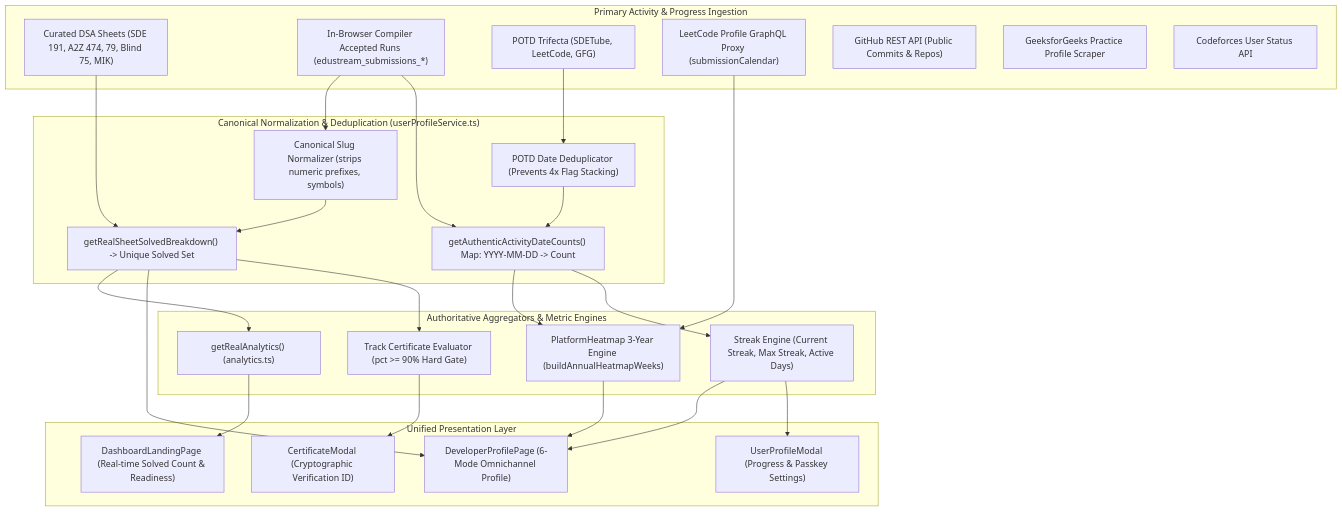
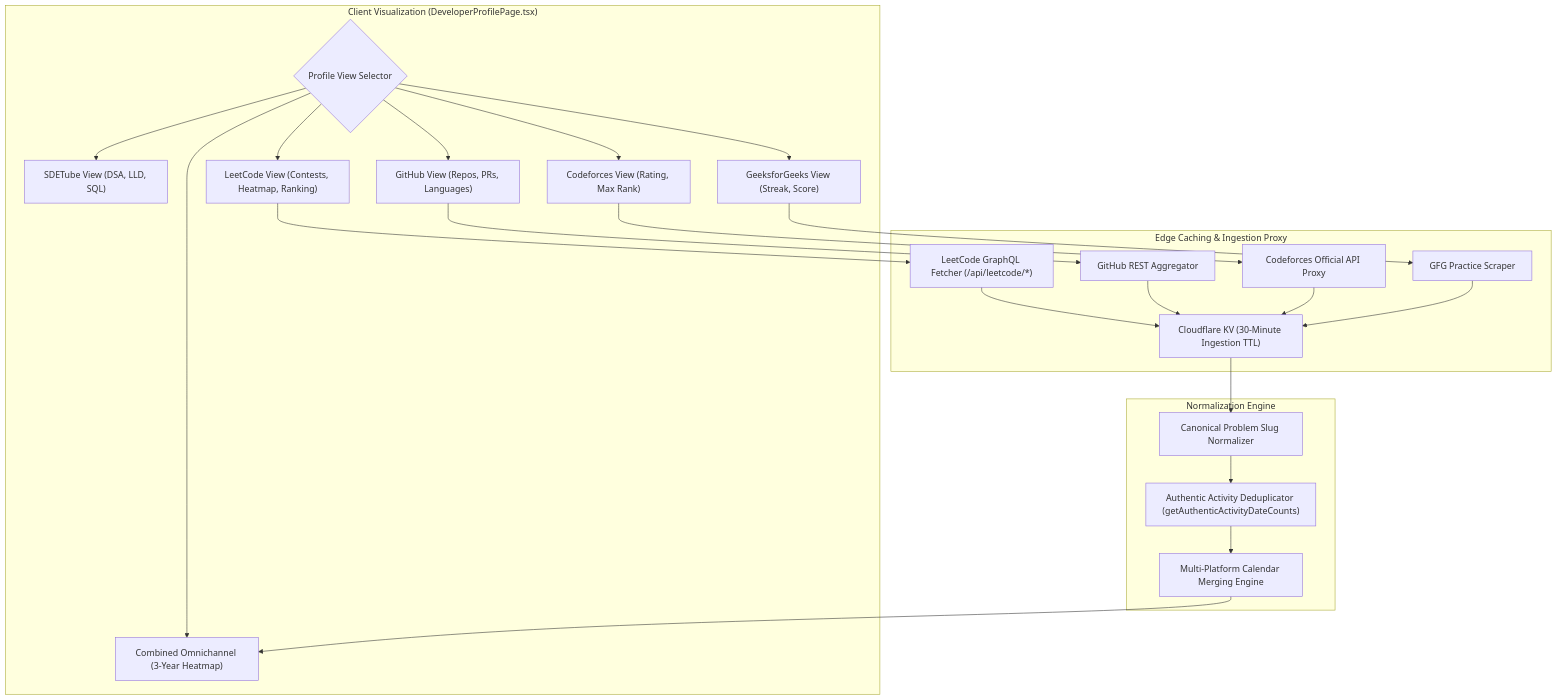
The sixth of 9 diagrams in SYSTEM_ARCHITECTURE_LLD_HLD.md (mdalamrahman/edustreams), drawn with Mermaid before and after one commit. The commit also changed other lines of this file and 3 other files, not shown here.

Commit message:
docs & arch: resolve wallet pricing boundary, cryptographic cert verification, normalized progress data model, canonical problem tagging, and strategic additions

````diff
--- a/SYSTEM_ARCHITECTURE_LLD_HLD.md
+++ b/SYSTEM_ARCHITECTURE_LLD_HLD.md
@@ -232,53 +262,37 @@
 ```mermaid
 graph TD
-    subgraph DataSources ["Primary Activity & Progress Ingestion"]
-        SHEETS["Curated DSA Sheets (SDE 191, A2Z 474, 79, Blind 75, MIK)"]
-        IDE_RUNNER["In-Browser Compiler Accepted Runs (edustream_submissions_*)"]
-        POTD_FEED["POTD Trifecta (SDETube, LeetCode, GFG)"]
-        EXT_LC["LeetCode Profile GraphQL Proxy (submissionCalendar)"]
-        EXT_GH["GitHub REST API (Public Commits & Repos)"]
-        EXT_GFG["GeeksforGeeks Practice Profile Scraper"]
-        EXT_CF["Codeforces User Status API"]
+    subgraph ClientVisualizer ["Client Visualization (DeveloperProfilePage.tsx)"]
+        MODE_SELECT{"Profile View Selector"}
+        V_SDETUBE["SDETube View (DSA, LLD, SQL)"]
+        V_LC["LeetCode View (Contests, Heatmap, Ranking)"]
+        V_GH["GitHub View (Repos, PRs, Languages)"]
+        V_GFG["GeeksforGeeks View (Streak, Score)"]
+        V_CF["Codeforces View (Rating, Max Rank)"]
+        V_COMBINED["Combined Omnichannel (3-Year Heatmap)"]
     end
 
-    subgraph NormalizationEngine ["Canonical Normalization & Deduplication (userProfileService.ts)"]
-        CANON_MAP["Canonical Slug Normalizer (strips numeric prefixes, symbols)"]
-        DEDUP_POTD["POTD Date Deduplicator (Prevents 4x Flag Stacking)"]
-        DATE_COUNTS["getAuthenticActivityDateCounts() Map: YYYY-MM-DD -> Count"]
-        SHEET_BREAKDOWN["getRealSheetSolvedBreakdown() -> Unique Solved Set"]
+    subgraph IngestionGateway ["Edge Caching & Ingestion Proxy"]
+        EDGE_CACHE_LAYER["Cloudflare KV (30-Minute Ingestion TTL)"]
+        LC_WORKER["LeetCode GraphQL Fetcher (/api/leetcode/*)"]
+        GH_WORKER["GitHub REST Aggregator"]
+        CF_WORKER["Codeforces Official API Proxy"]
+        GFG_WORKER["GFG Practice Scraper"]
     end
 
-    subgraph AnalyticalAggregators ["Authoritative Aggregators & Metric Engines"]
-        DASH_METRICS["getRealAnalytics() (analytics.ts)"]
-        HEATMAP_3YR["PlatformHeatmap 3-Year Engine (buildAnnualHeatmapWeeks)"]
-        STREAKS["Streak Engine (Current Streak, Max Streak, Active Days)"]
-        CERT_GATER["Track Certificate Evaluator (pct >= 90% Hard Gate)"]
+    subgraph DataNormalization ["Normalization Engine"]
+        CANONICAL_SLUG_RESOLVER["Canonical Problem Slug Normalizer"]
+        ACTIVITY_DEDUP["Authentic Activity Deduplicator (getAuthenticActivityDateCounts)"]
+        HEATMAP_MERGER["Multi-Platform Calendar Merging Engine"]
     end
 
-    subgraph PresentationSurfaces ["Unified Presentation Layer"]
-        DASHBOARD["DashboardLandingPage (Real-time Solved Count & Readiness)"]
-        DEV_PROFILE["DeveloperProfilePage (6-Mode Omnichannel Profile)"]
-        MODAL_PROFILE["UserProfileModal (Progress & Passkey Settings)"]
-        CERT_MODAL["CertificateModal (Cryptographic Verification ID)"]
-    end
+    MODE_SELECT --> V_SDETUBE & V_LC & V_GH & V_GFG & V_CF & V_COMBINED
+    V_LC --> LC_WORKER
+    V_GH --> GH_WORKER
+    V_CF --> CF_WORKER
+    V_GFG --> GFG_WORKER
 
-    SHEETS --> SHEET_BREAKDOWN
-    IDE_RUNNER --> CANON_MAP
-    CANON_MAP --> SHEET_BREAKDOWN
-    IDE_RUNNER --> DATE_COUNTS
-    POTD_FEED --> DEDUP_POTD
-    DEDUP_POTD --> DATE_COUNTS
-    
-    SHEET_BREAKDOWN --> DASH_METRICS
-    SHEET_BREAKDOWN --> DEV_PROFILE
-    DATE_COUNTS --> HEATMAP_3YR
-    DATE_COUNTS --> STREAKS
-    EXT_LC --> HEATMAP_3YR
-    
-    SHEET_BREAKDOWN --> CERT_GATER
-    CERT_GATER --> CERT_MODAL
-    DASH_METRICS --> DASHBOARD
-    HEATMAP_3YR --> DEV_PROFILE
-    STREAKS --> DEV_PROFILE
-    STREAKS --> MODAL_PROFILE
+    LC_WORKER & GH_WORKER & CF_WORKER & GFG_WORKER --> EDGE_CACHE_LAYER
+    EDGE_CACHE_LAYER --> CANONICAL_SLUG_RESOLVER
+    CANONICAL_SLUG_RESOLVER --> ACTIVITY_DEDUP --> HEATMAP_MERGER
+    HEATMAP_MERGER --> V_COMBINED
 ```
````
